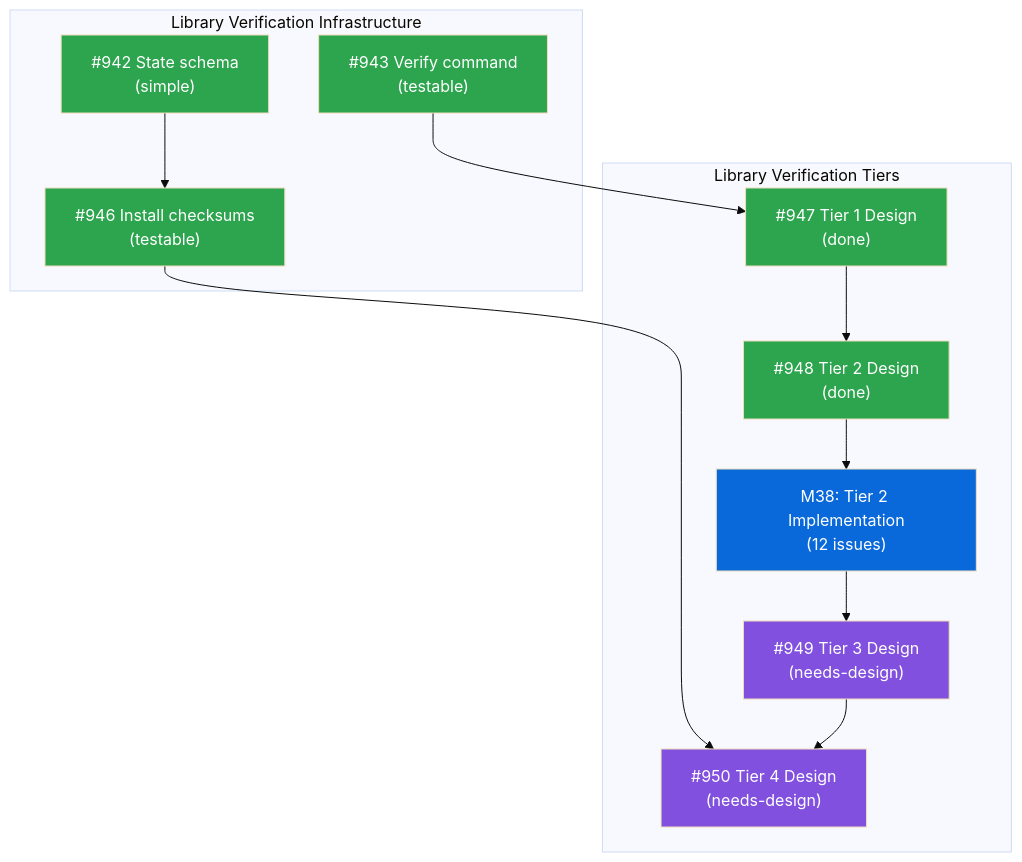
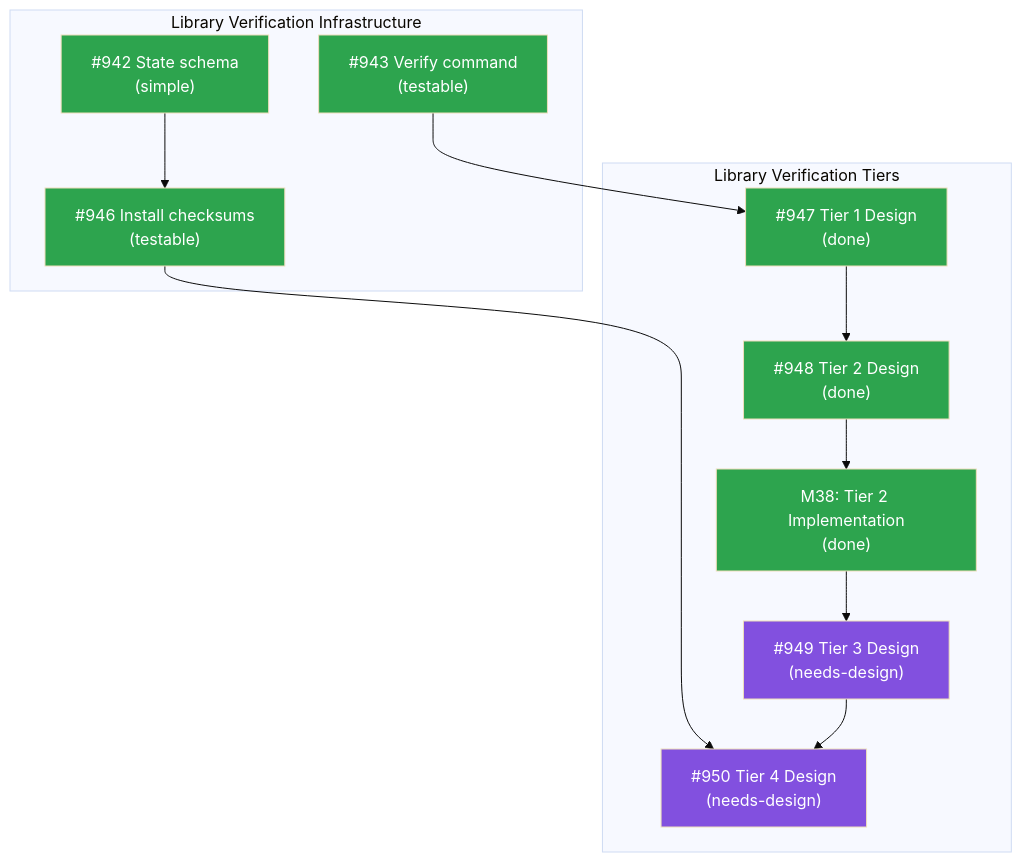
Before and after one commit to tsukumogami/tsuku: the diagram in docs/designs/DESIGN-library-verification.md, drawn with Mermaid (base theme). The commit also changed 4 other files, not shown here.

````diff
--- a/docs/designs/DESIGN-library-verification.md
+++ b/docs/designs/DESIGN-library-verification.md
@@ -18,29 +18,29 @@
 ```mermaid
 graph TD
     subgraph Infrastructure["Library Verification Infrastructure"]
         I942["#942 State schema<br/>(simple)"]:::done
         I943["#943 Verify command<br/>(testable)"]:::done
         I946["#946 Install checksums<br/>(testable)"]:::done
     end
 
     subgraph Tiers["Library Verification Tiers"]
         I947["#947 Tier 1 Design<br/>(done)"]:::done
         I948["#948 Tier 2 Design<br/>(done)"]:::done
-        M38["M38: Tier 2 Implementation<br/>(12 issues)"]:::ready
+        M38["M38: Tier 2 Implementation<br/>(done)"]:::done
         I949["#949 Tier 3 Design<br/>(needs-design)"]:::needsdesign
         I950["#950 Tier 4 Design<br/>(needs-design)"]:::needsdesign
     end
 
     I942 --> I946
     I943 --> I947
     I947 --> I948
     I948 --> M38
     M38 --> I949
     I946 --> I950
     I949 --> I950
 
     classDef done fill:#2da44e,color:white
     classDef ready fill:#0969da,color:white
     classDef blocked fill:#d4a72c,color:white
     classDef needsdesign fill:#8250df,color:white
 ```
````
